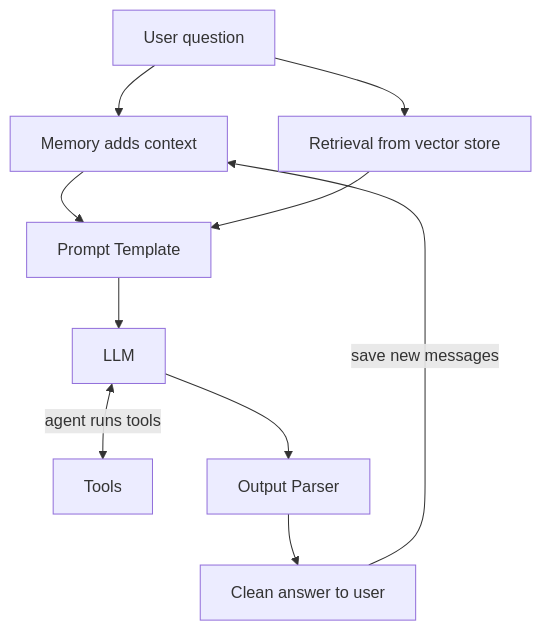
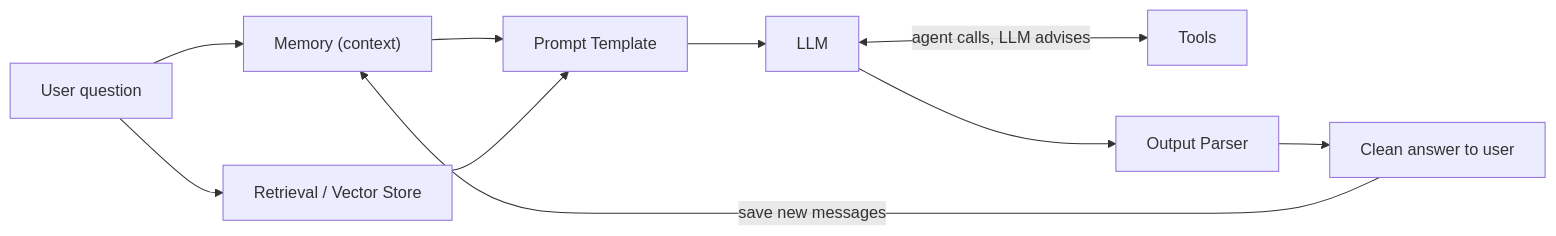
One commit to kaisarnajar/outcome-school-blogs changed the first of 2 diagrams in notes/step-11-agentic-engineering-and-agent-frameworks/142-how-does-langchain-work.md. Above: the diagram before and after it, drawn with Mermaid. The commit also changed other lines of this file and 233 other files, not shown here.

````diff
--- a/notes/step-11-agentic-engineering-and-agent-frameworks/142-how-does-langchain-work.md
+++ b/notes/step-11-agentic-engineering-and-agent-frameworks/142-how-does-langchain-work.md
@@ -36,12 +65,12 @@
 ```mermaid
-flowchart TD
-    Q["User question"] --> M["Memory adds context"]
-    Q --> R["Retrieval from vector store"]
+flowchart LR
+    Q["User question"] --> M["Memory (context)"]
+    Q --> R["Retrieval / Vector Store"]
     M --> P["Prompt Template"]
     R --> P
     P --> L["LLM"]
-    L <-->|"agent runs tools"| T["Tools"]
-    L --> O["Output Parser"]
-    O --> A["Clean answer to user"]
-    A -->|"save new messages"| M
+    L <-->|"agent calls, LLM advises"| T["Tools"]
+    L --> PA["Output Parser"]
+    PA --> ANS["Clean answer to user"]
+    ANS -->|"save new messages"| M
 ```
````
